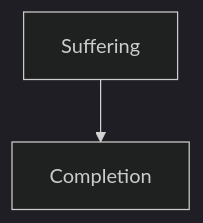
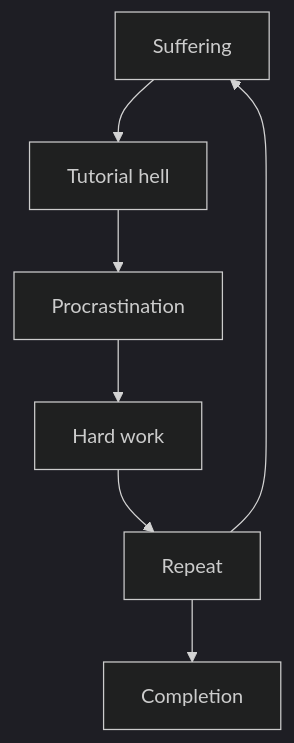
The diagram in README.md (spartanproj/decentralized-chat), drawn with Mermaid (dark theme) before and after one commit.

Commit message:
Update README.md
more mermaid

````diff
--- a/README.md
+++ b/README.md
@@ -6,5 +6,15 @@
 ```mermaid
 graph TD
 A[Suffering];
-A-->B[Completion];
+B[Completion];
+C[Tutorial hell];
+D[Procrastination];
+E[Hard work];
+F[Repeat];
+A-->C;
+C-->D;
+D-->E;
+E-->F;
+F-->A;
+F-->B;
 ```
````
